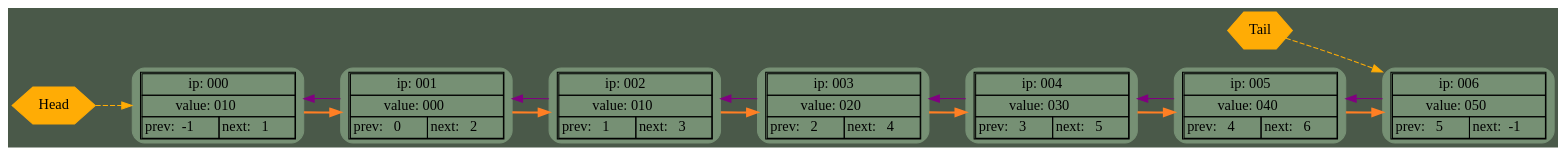
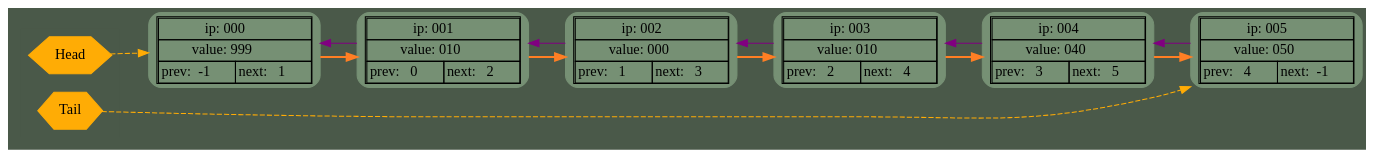
The diagram in GraphDump/dump.dot (rAch-kaplin/List), drawn with Graphviz before and after one commit. The commit also changed 5 other files, not shown here.

```diff
--- a/GraphDump/dump.dot
+++ b/GraphDump/dump.dot
@@ -1,73 +1,68 @@
 digraph G {
 	rankdir = LR;
 	bgcolor="#4A5949"
 	node000 [shape=Mrecord; style=filled; color="#769074"; label = <
 		         <table BORDER="1" CELLBORDER="1" CELLSPACING="0" CELLPADDING="2" BGCOLOR="#769074" COLOR="black">
 			           <tr><td align='center' colspan='2'> ip: 000 </td></tr>
-			           <tr><td align='center' colspan='2'> value: 010 </td></tr>
-			           <tr><td PORT='prev' align='center' > prev:  -1 </td>
+			           <tr><td PORT='prev' align='center' colspan='2'> value: 999 </td></tr>
+			           <tr><td PORT='prev' align='center'> prev:  -1 </td>
 			               <td PORT='next' align='center'> next:   1 </td></tr>
 		         </table> >];
 	node001 [shape=Mrecord; style=filled; color="#769074"; label = <
 		         <table BORDER="1" CELLBORDER="1" CELLSPACING="0" CELLPADDING="2" BGCOLOR="#769074" COLOR="black">
 			           <tr><td align='center' colspan='2'> ip: 001 </td></tr>
-			           <tr><td align='center' colspan='2'> value: 000 </td></tr>
-			           <tr><td PORT='prev' align='center' > prev:   0 </td>
+			           <tr><td PORT='prev' align='center' colspan='2'> value: 010 </td></tr>
+			           <tr><td PORT='prev' align='center'> prev:   0 </td>
 			               <td PORT='next' align='center'> next:   2 </td></tr>
 		         </table> >];
 	node002 [shape=Mrecord; style=filled; color="#769074"; label = <
 		         <table BORDER="1" CELLBORDER="1" CELLSPACING="0" CELLPADDING="2" BGCOLOR="#769074" COLOR="black">
 			           <tr><td align='center' colspan='2'> ip: 002 </td></tr>
-			           <tr><td align='center' colspan='2'> value: 010 </td></tr>
-			           <tr><td PORT='prev' align='center' > prev:   1 </td>
+			           <tr><td PORT='prev' align='center' colspan='2'> value: 000 </td></tr>
+			           <tr><td PORT='prev' align='center'> prev:   1 </td>
 			               <td PORT='next' align='center'> next:   3 </td></tr>
 		         </table> >];
 	node003 [shape=Mrecord; style=filled; color="#769074"; label = <
 		         <table BORDER="1" CELLBORDER="1" CELLSPACING="0" CELLPADDING="2" BGCOLOR="#769074" COLOR="black">
 			           <tr><td align='center' colspan='2'> ip: 003 </td></tr>
-			           <tr><td align='center' colspan='2'> value: 020 </td></tr>
-			           <tr><td PORT='prev' align='center' > prev:   2 </td>
+			           <tr><td PORT='prev' align='center' colspan='2'> value: 010 </td></tr>
+			           <tr><td PORT='prev' align='center'> prev:   2 </td>
 			               <td PORT='next' align='center'> next:   4 </td></tr>
 		         </table> >];
 	node004 [shape=Mrecord; style=filled; color="#769074"; label = <
 		         <table BORDER="1" CELLBORDER="1" CELLSPACING="0" CELLPADDING="2" BGCOLOR="#769074" COLOR="black">
 			           <tr><td align='center' colspan='2'> ip: 004 </td></tr>
-			           <tr><td align='center' colspan='2'> value: 030 </td></tr>
-			           <tr><td PORT='prev' align='center' > prev:   3 </td>
+			           <tr><td PORT='prev' align='center' colspan='2'> value: 040 </td></tr>
+			           <tr><td PORT='prev' align='center'> prev:   3 </td>
 			               <td PORT='next' align='center'> next:   5 </td></tr>
 		         </table> >];
 	node005 [shape=Mrecord; style=filled; color="#769074"; label = <
 		         <table BORDER="1" CELLBORDER="1" CELLSPACING="0" CELLPADDING="2" BGCOLOR="#769074" COLOR="black">
 			           <tr><td align='center' colspan='2'> ip: 005 </td></tr>
-			           <tr><td align='center' colspan='2'> value: 040 </td></tr>
-			           <tr><td PORT='prev' align='center' > prev:   4 </td>
-			               <td PORT='next' align='center'> next:   6 </td></tr>
-		         </table> >];
-	node006 [shape=Mrecord; style=filled; color="#769074"; label = <
-		         <table BORDER="1" CELLBORDER="1" CELLSPACING="0" CELLPADDING="2" BGCOLOR="#769074" COLOR="black">
-			           <tr><td align='center' colspan='2'> ip: 006 </td></tr>
-			           <tr><td align='center' colspan='2'> value: 050 </td></tr>
-			           <tr><td PORT='prev' align='center' > prev:   5 </td>
+			           <tr><td PORT='prev' align='center' colspan='2'> value: 050 </td></tr>
+			           <tr><td PORT='prev' align='center'> prev:   4 </td>
 			               <td PORT='next' align='center'> next:  -1 </td></tr>
 		         </table> >];
 
 
 	node000 -> node001 [style=bold; weight=1000; color=chocolate1; ];
 	node001 -> node002 [style=bold; weight=1000; color=chocolate1; ];
 	node002 -> node003 [style=bold; weight=1000; color=chocolate1; ];
 	node003 -> node004 [style=bold; weight=1000; color=chocolate1; ];
 	node004 -> node005 [style=bold; weight=1000; color=chocolate1; ];
-	node005 -> node006 [style=bold; weight=1000; color=chocolate1; ];
-	node006 -> node005 [weight=0; color=purple; constraint=false; ];
 	node005 -> node004 [weight=0; color=purple; constraint=false; ];
 	node004 -> node003 [weight=0; color=purple; constraint=false; ];
 	node003 -> node002 [weight=0; color=purple; constraint=false; ];
 	node002 -> node001 [weight=0; color=purple; constraint=false; ];
 	node001 -> node000 [weight=0; color=purple; constraint=false; ];
 
+	subgraph cluster_head_tail {
+		color=transparent;
+		label = "";
 	head [shape=hexagon; style=filled; color="#ffac05"; label="Head"];
+	tail [shape=hexagon; style=filled; color="#ffac05"; label="Tail"];
+	}
 	head -> node000 [style=dashed; color="#ffac05"];
-	tail [shape=hexagon; style=filled; color="#ffac05"; label="Tail"];
-	tail -> node006 [style=dashed; color="#ffac05"];
+	tail -> node005 [style=dashed; color="#ffac05"];
 
 }
```
